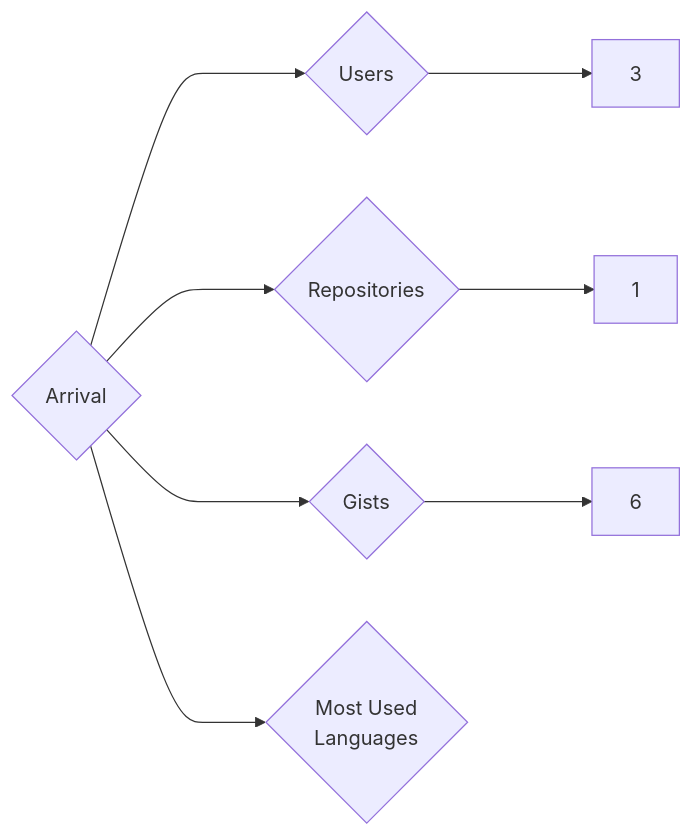
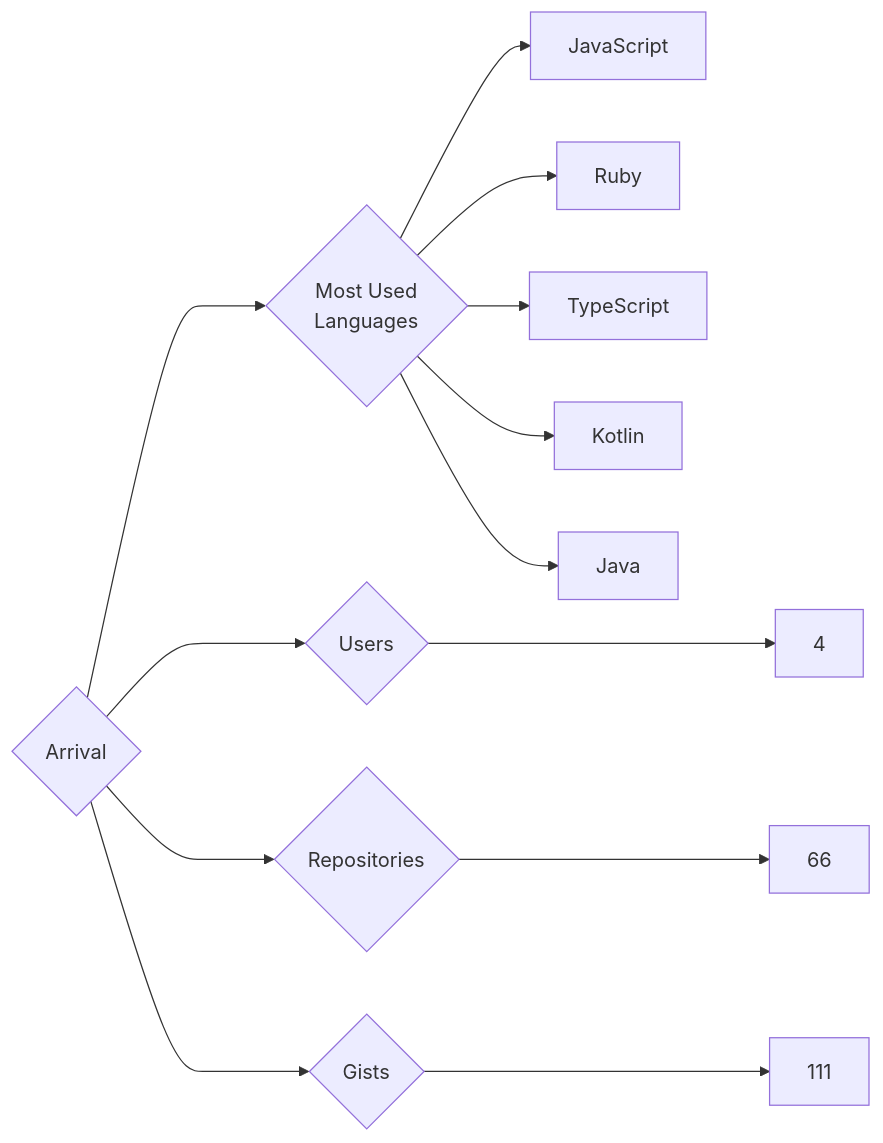
Before and after one commit to trickest/insiders: the diagram in targets/Arrival/README.md, drawn with Mermaid. The commit also changed 618 other files, not shown here.

````diff
--- a/targets/Arrival/README.md
+++ b/targets/Arrival/README.md
@@ -3,8 +3,13 @@
 ```mermaid
 graph LR
 COMPANY_NAME{Arrival}
-COMPANY_NAME ---> U{Users} ---> UN[3]
-COMPANY_NAME ---> R{Repositories} ---> RN[1]
-COMPANY_NAME ---> G{Gists} ---> GN[6]
+COMPANY_NAME ---> U{Users} ---> UN[4]
+COMPANY_NAME ---> R{Repositories} ---> RN[66]
+COMPANY_NAME ---> G{Gists} ---> GN[111]
 COMPANY_NAME ---> ML{Most Used<br>Languages}
+ML --> JavaScript[JavaScript]
+ML --> Ruby[Ruby]
+ML --> TypeScript[TypeScript]
+ML --> Kotlin[Kotlin]
+ML --> Java[Java]
 ```
````
